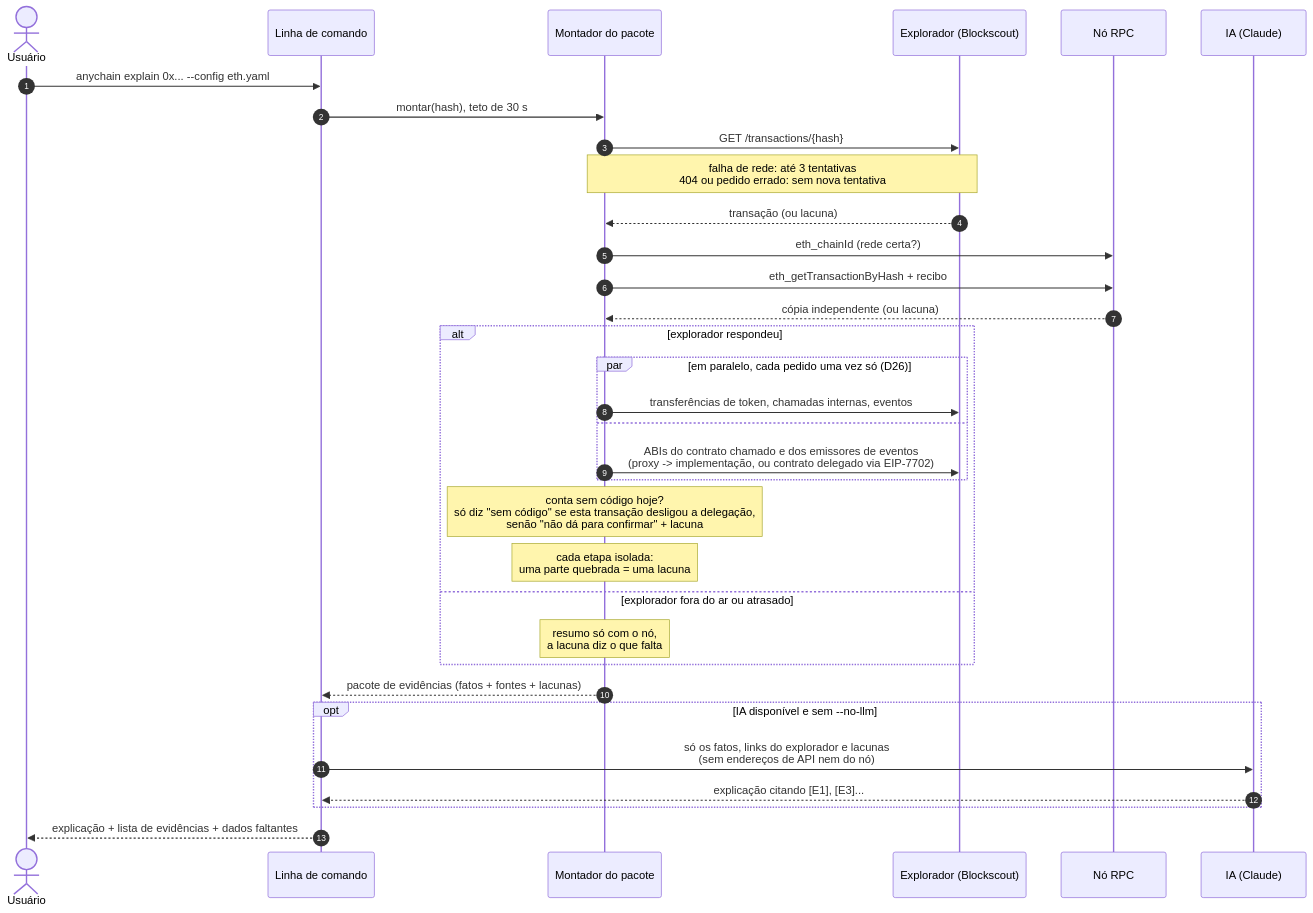
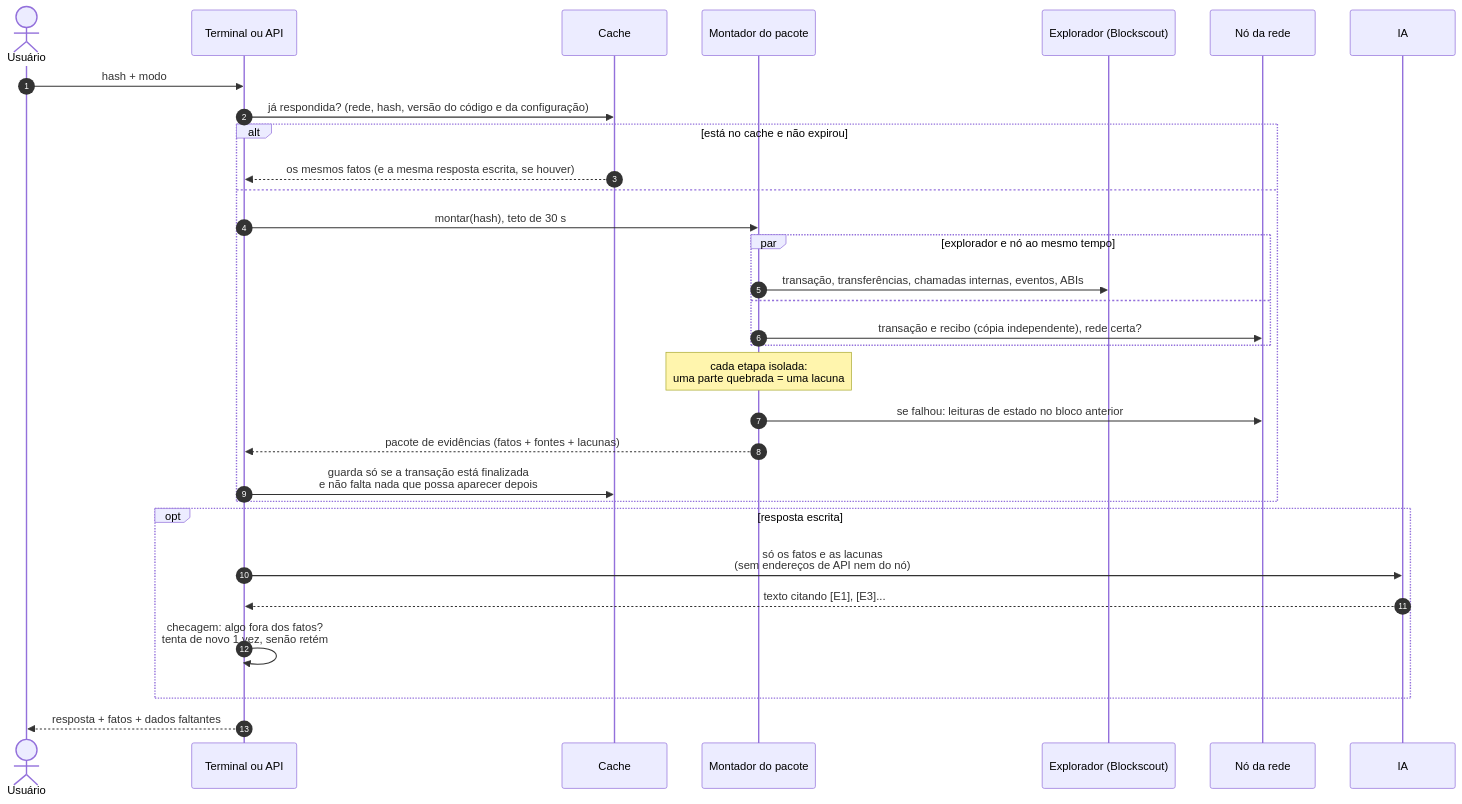
Before and after one commit to Ebaoj/anychain: the fourth of 9 diagrams in docs/ARCHITECTURE.pt-BR.md, drawn with Mermaid. The commit also changed other lines of this file, not shown here.

Commit message:
Architecture (pt-BR): Phase 3 up to T5, a one-minute overview, how the diagnosis decides, the chat, quality

````diff
--- a/docs/ARCHITECTURE.pt-BR.md
+++ b/docs/ARCHITECTURE.pt-BR.md
@@ -85,36 +134,34 @@
 ```mermaid
 sequenceDiagram
     autonumber
     actor U as Usuário
-    participant C as Linha de comando
+    participant C as Terminal ou API
+    participant K as Cache
     participant B as Montador do pacote
     participant E as Explorador (Blockscout)
-    participant R as Nó RPC
-    participant L as IA (Claude)
+    participant R as Nó da rede
+    participant L as IA
 
-    U->>C: anychain explain 0x... --config eth.yaml
-    C->>B: montar(hash), teto de 30 s
-    B->>E: GET /transactions/{hash}
-    Note over B,E: falha de rede: até 3 tentativas<br/>404 ou pedido errado: sem nova tentativa
-    E-->>B: transação (ou lacuna)
-    B->>R: eth_chainId (rede certa?)
-    B->>R: eth_getTransactionByHash + recibo
-    R-->>B: cópia independente (ou lacuna)
-    alt explorador respondeu
-        par em paralelo, cada pedido uma vez só (D26)
-            B->>E: transferências de token, chamadas internas, eventos
+    U->>C: hash + modo
+    C->>K: já respondida? (rede, hash, versão do código e da configuração)
+    alt está no cache e não expirou
+        K-->>C: os mesmos fatos (e a mesma resposta escrita, se houver)
+    else
+        C->>B: montar(hash), teto de 30 s
+        par explorador e nó ao mesmo tempo
+            B->>E: transação, transferências, chamadas internas, eventos, ABIs
         and
-            B->>E: ABIs do contrato chamado e dos emissores de eventos<br/>(proxy -> implementação, ou contrato delegado via EIP-7702)
+            B->>R: transação e recibo (cópia independente), rede certa?
         end
-        Note over B: conta sem código hoje?<br/>só diz "sem código" se esta transação desligou a delegação,<br/>senão "não dá para confirmar" + lacuna
         Note over B: cada etapa isolada:<br/>uma parte quebrada = uma lacuna
-    else explorador fora do ar ou atrasado
-        Note over B: resumo só com o nó,<br/>a lacuna diz o que falta
+        B->>R: se falhou: leituras de estado no bloco anterior
+        B-->>C: pacote de evidências (fatos + fontes + lacunas)
+        C->>K: guarda só se a transação está finalizada<br/>e não falta nada que possa aparecer depois
     end
-    B-->>C: pacote de evidências (fatos + fontes + lacunas)
-    opt IA disponível e sem --no-llm
-        C->>L: só os fatos, links do explorador e lacunas<br/>(sem endereços de API nem do nó)
-        L-->>C: explicação citando [E1], [E3]...
+    opt resposta escrita
+        C->>L: só os fatos e as lacunas<br/>(sem endereços de API nem do nó)
+        L-->>C: texto citando [E1], [E3]...
+        C->>C: checagem: algo fora dos fatos?<br/>tenta de novo 1 vez, senão retém
     end
-    C-->>U: explicação + lista de evidências + dados faltantes
+    C-->>U: resposta + fatos + dados faltantes
 ```
````
